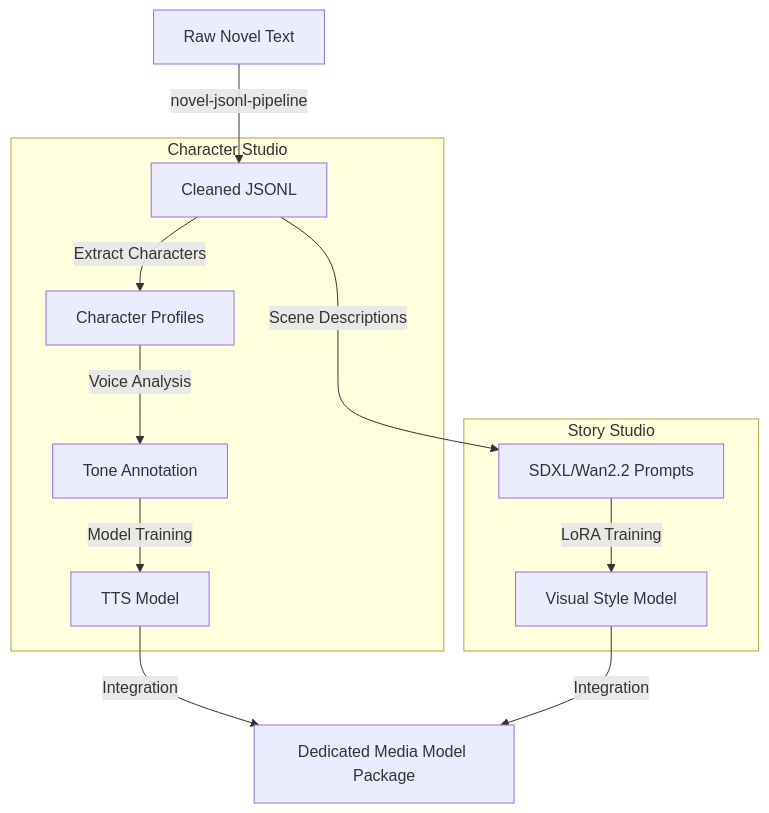
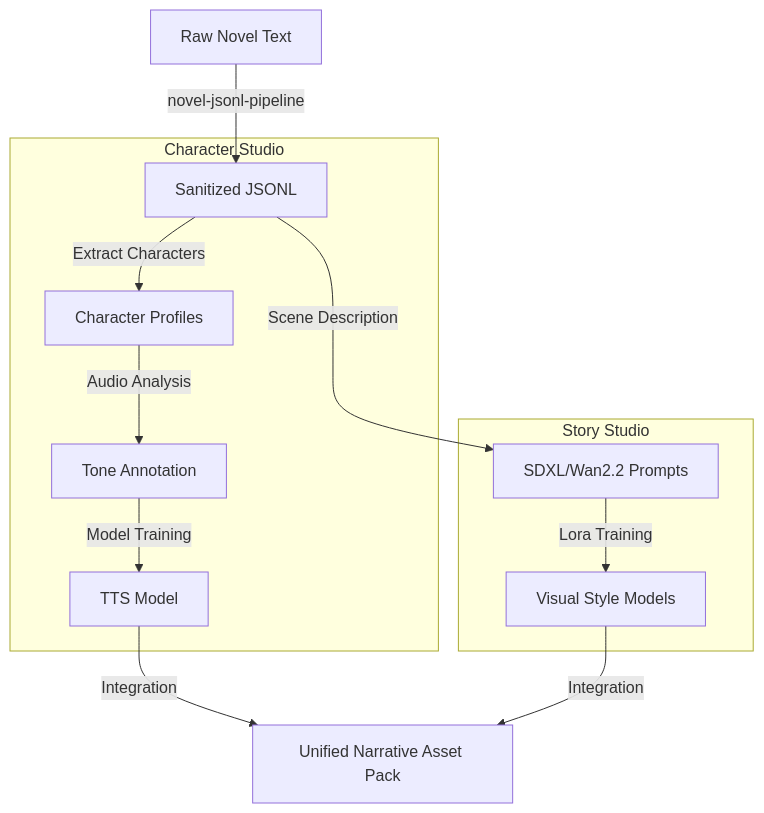
Before and after one commit to AtsushiHarimoto/portfolio: the diagram in public/knowledge/en/12_diagrams/09.Model_Studio_Integration.md, drawn with Mermaid. The commit also changed other lines of this file and 139 other files, not shown here.

````diff
--- a/public/knowledge/en/12_diagrams/09.Model_Studio_Integration.md
+++ b/public/knowledge/en/12_diagrams/09.Model_Studio_Integration.md
@@ -7,17 +11,17 @@
 ```mermaid
 flowchart TD
-    Raw[Raw Novel Text] -->| novel-jsonl-pipeline | Clean[Cleaned JSONL]
+    Raw[Raw Novel Text] -->| novel-jsonl-pipeline | Clean[Sanitized JSONL]
 
     subgraph "Character Studio"
         Clean -->|Extract Characters| Profiles[Character Profiles]
-        Profiles -->|Voice Analysis| Tone[Tone Annotation]
+        Profiles -->|Audio Analysis| Tone[Tone Annotation]
         Tone -->|Model Training| GPT_SoVITS[TTS Model]
     end
 
     subgraph "Story Studio"
-        Clean -->|Scene Descriptions| Prompts[SDXL/Wan2.2 Prompts]
-        Prompts -->|LoRA Training| Visual[Visual Style Model]
+        Clean -->|Scene Description| Prompts[SDXL/Wan2.2 Prompts]
+        Prompts -->|Lora Training| Visual[Visual Style Models]
     end
 
-    GPT_SoVITS & Visual -->|Integration| Final[Dedicated Media Model Package]
+    GPT_SoVITS & Visual -->|Integration| Final[Unified Narrative Asset Pack]
 ```
````
